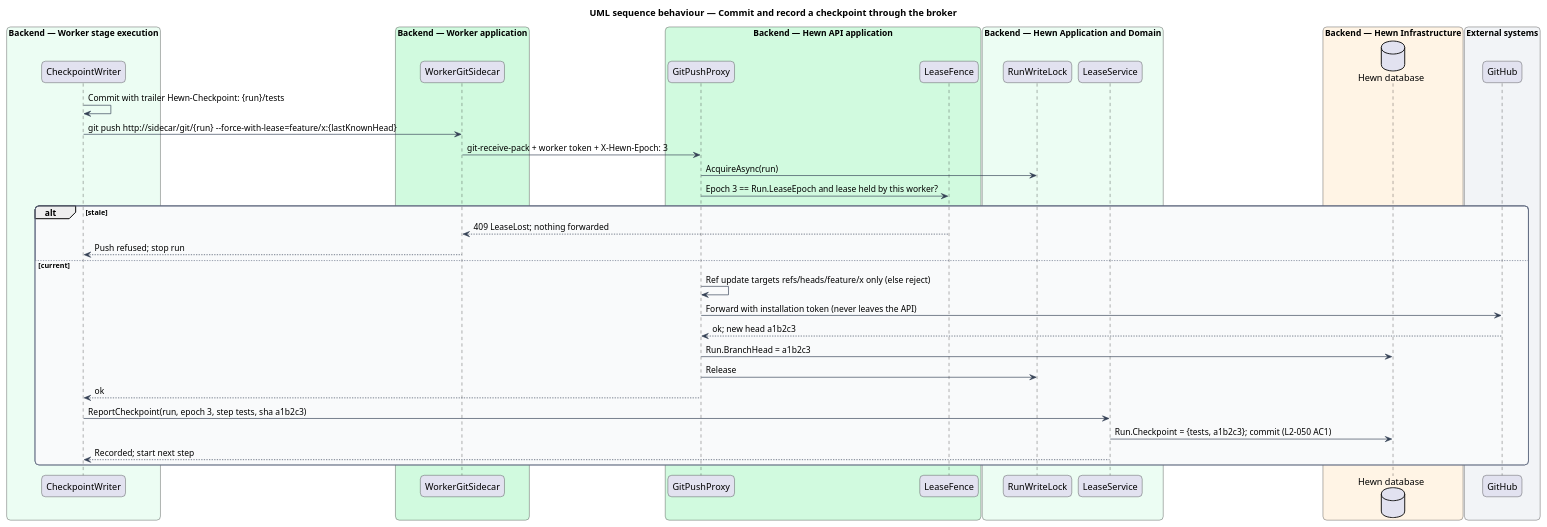
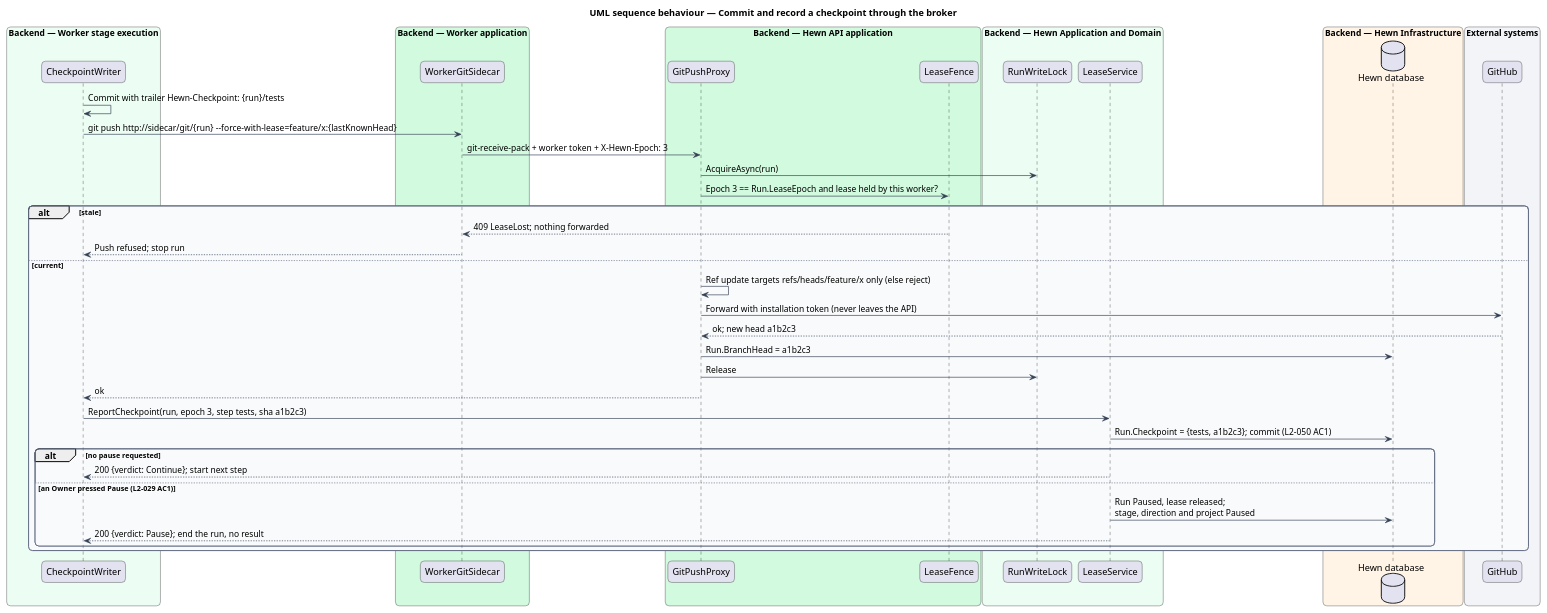
Before and after one commit to QuinntyneBrown/hewn: the diagram in docs/detailed-designs/agent-runtime/worker-loop/diagrams/sequence-checkpoint.puml, drawn with PlantUML. The commit also changed 58 other files, not shown here.

```diff
--- a/docs/detailed-designs/agent-runtime/worker-loop/diagrams/sequence-checkpoint.puml
+++ b/docs/detailed-designs/agent-runtime/worker-loop/diagrams/sequence-checkpoint.puml
@@ -1,57 +1,62 @@
 @startuml
 title UML sequence behaviour — Commit and record a checkpoint through the broker
 skinparam backgroundColor #FFFFFF
 skinparam shadowing false
 skinparam roundcorner 12
 skinparam defaultFontName Arial
 skinparam ArrowColor #344054
 skinparam rectangle {
   BorderColor #344054
   FontColor #101828
 }
 skinparam package {
   BorderColor #667085
   FontColor #101828
   BackgroundColor #F9FAFB
 }
 skinparam sequenceMessageAlign left
 box "Backend — Worker stage execution" #ECFDF3
   participant "CheckpointWriter" as cw
 end box
 box "Backend — Worker application" #D1FADF
   participant "WorkerGitSidecar" as side
 end box
 box "Backend — Hewn API application" #D1FADF
   participant "GitPushProxy" as proxy
   participant "LeaseFence" as fence
 end box
 box "Backend — Hewn Application and Domain" #ECFDF3
   participant "RunWriteLock" as lock
   participant "LeaseService" as lease
 end box
 box "Backend — Hewn Infrastructure" #FFF4E5
   database "Hewn database" as db
 end box
 box "External systems" #F2F4F7
   participant "GitHub" as gh
 end box
 cw -> cw : Commit with trailer Hewn-Checkpoint: {run}/tests
 cw -> side : git push http://sidecar/git/{run} --force-with-lease=feature/x:{lastKnownHead}
 side -> proxy : git-receive-pack + worker token + X-Hewn-Epoch: 3
 proxy -> lock : AcquireAsync(run)
 proxy -> fence : Epoch 3 == Run.LeaseEpoch and lease held by this worker?
 alt stale
   fence --> side : 409 LeaseLost; nothing forwarded
   side --> cw : Push refused; stop run
 else current
   proxy -> proxy : Ref update targets refs/heads/feature/x only (else reject)
   proxy -> gh : Forward with installation token (never leaves the API)
   gh --> proxy : ok; new head a1b2c3
   proxy -> db : Run.BranchHead = a1b2c3
   proxy -> lock : Release
   proxy --> cw : ok
   cw -> lease : ReportCheckpoint(run, epoch 3, step tests, sha a1b2c3)
   lease -> db : Run.Checkpoint = {tests, a1b2c3}; commit (L2-050 AC1)
-  lease --> cw : Recorded; start next step
+  alt no pause requested
+    lease --> cw : 200 {verdict: Continue}; start next step
+  else an Owner pressed Pause (L2-029 AC1)
+    lease -> db : Run Paused, lease released;\nstage, direction and project Paused
+    lease --> cw : 200 {verdict: Pause}; end the run, no result
+  end
 end
 @enduml
```
